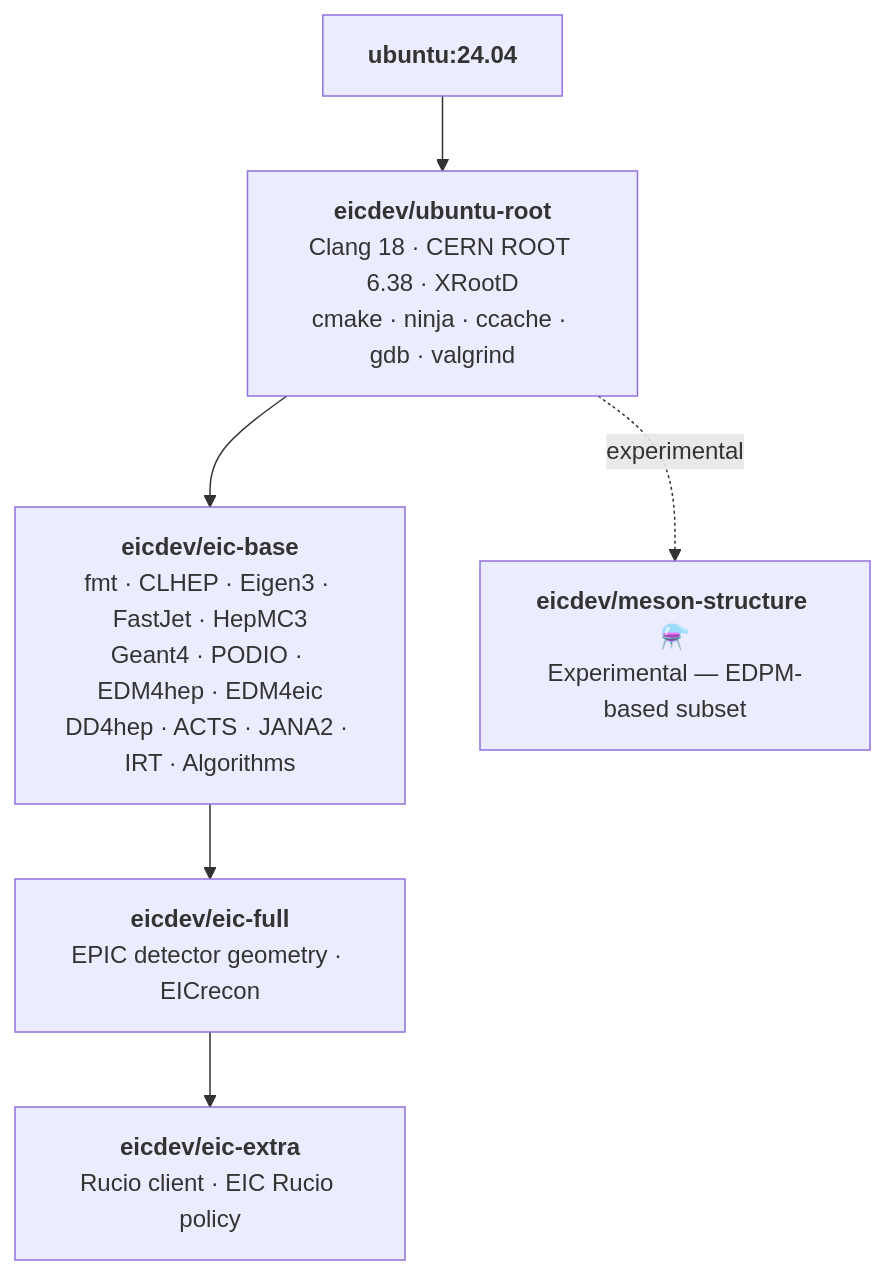
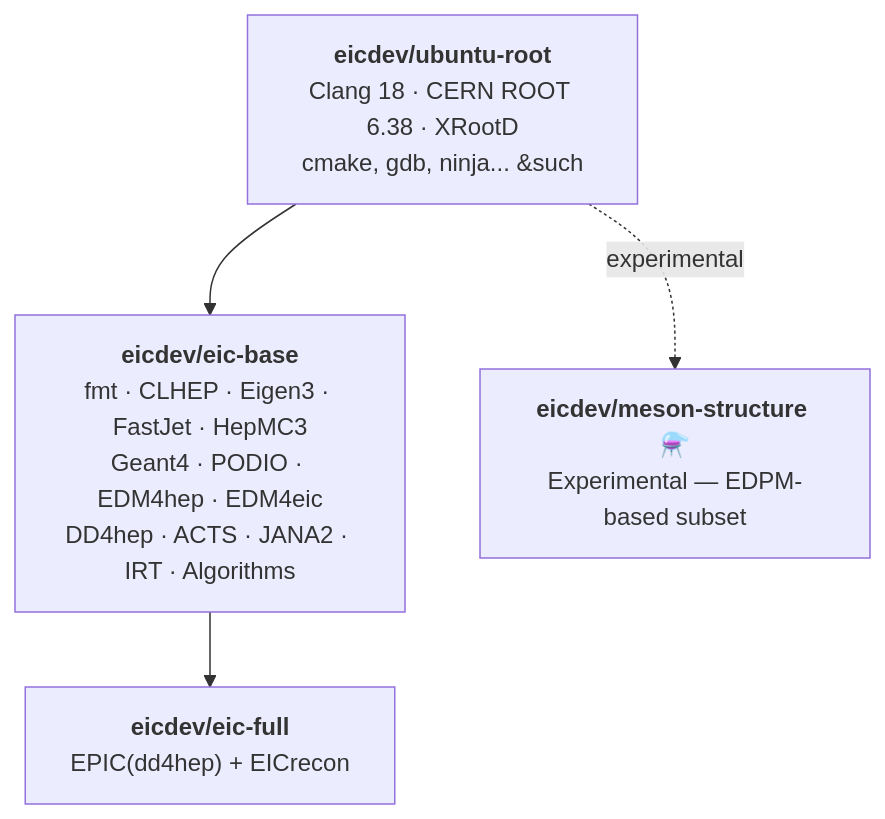
The diagram in README.md (JeffersonLab/eicdev-containers), drawn with Mermaid before and after one commit. The commit also changed other lines of this file, not shown here.

````diff
--- a/README.md
+++ b/README.md
@@ -14,15 +14,13 @@
 ```mermaid
 graph TD
-    A["<b>ubuntu:24.04</b>"]
-    B["<b>eicdev/ubuntu-root</b><br/>Clang 18 · CERN ROOT 6.38 · XRootD<br/>cmake · ninja · ccache · gdb · valgrind"]
+    
+    B["<b>eicdev/ubuntu-root</b><br/>Clang 18 · CERN ROOT 6.38 · XRootD<br/>cmake, gdb, ninja... &such"]
     C["<b>eicdev/eic-base</b><br/>fmt · CLHEP · Eigen3 · FastJet · HepMC3<br/>Geant4 · PODIO · EDM4hep · EDM4eic<br/>DD4hep · ACTS · JANA2 · IRT · Algorithms"]
-    D["<b>eicdev/eic-full</b><br/>EPIC detector geometry · EICrecon"]
-    E["<b>eicdev/eic-extra</b><br/>Rucio client · EIC Rucio policy"]
+    D["<b>eicdev/eic-full</b><br/>EPIC(dd4hep) + EICrecon"]
     F["<b>eicdev/meson-structure</b> ⚗️<br/>Experimental — EDPM-based subset"]
 
-    A --> B
+    
     B --> C
     C --> D
-    D --> E
     B -.->|experimental| F
 ```
````
